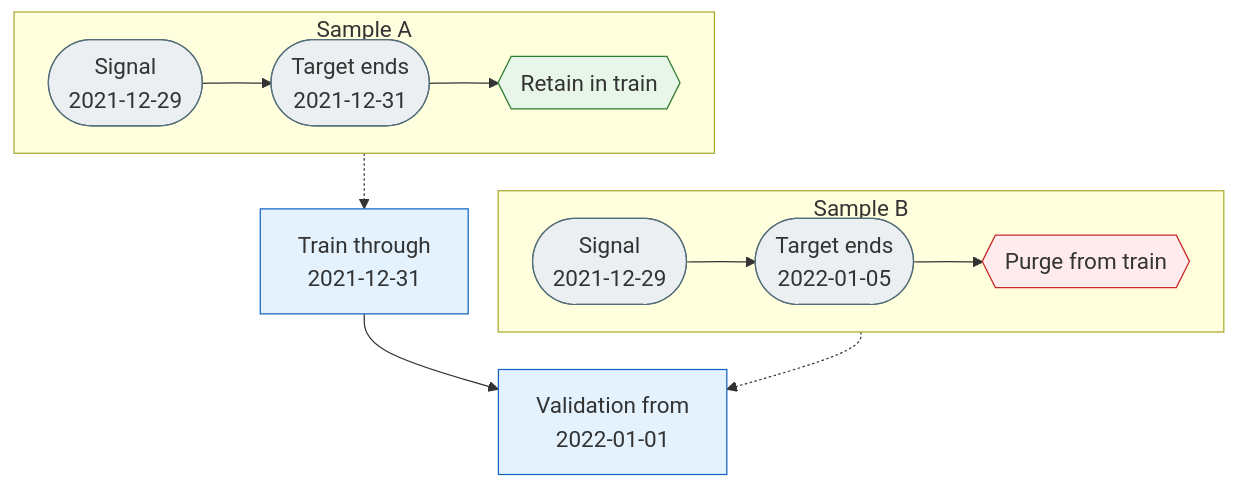
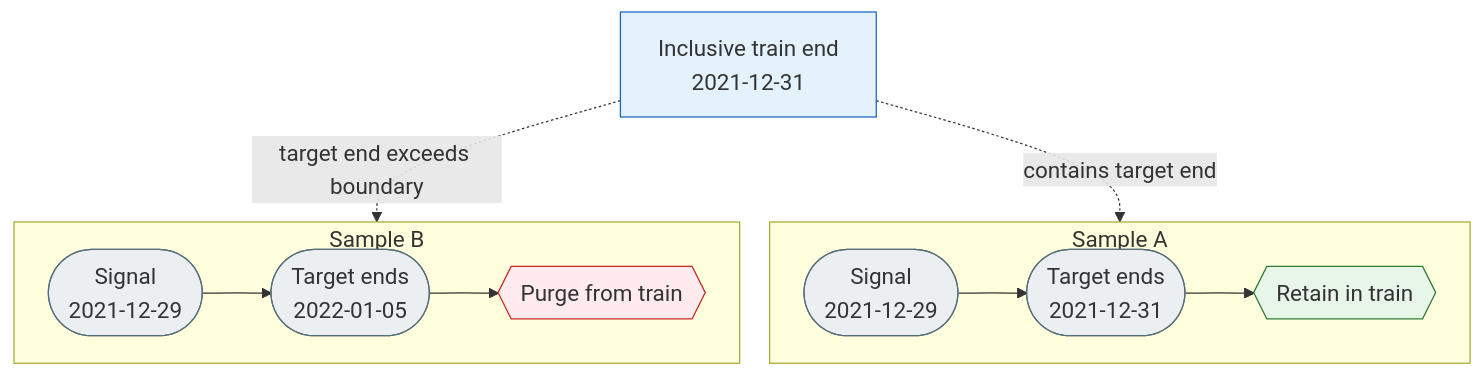
Before and after one commit to Frallmeister/swingtrader-app: the first of 2 diagrams in docs/modeling/temporal-splitting.md, drawn with Mermaid. The commit also changed other lines of this file and 17 other files, not shown here.

````diff
--- a/docs/modeling/temporal-splitting.md
+++ b/docs/modeling/temporal-splitting.md
@@ -16,27 +16,28 @@
 ```mermaid
 %%{init: {"themeVariables": {"fontSize": "18px"}, "flowchart": {"nodeSpacing": 24, "rankSpacing": 30}}}%%
 flowchart TB
-    train["Train through<br/>2021-12-31"] --> validation["Validation from<br/>2022-01-01"]
+    train_end["Inclusive train end<br/>2021-12-31"]
 
     subgraph retained["Sample A"]
         direction LR
         a_signal([Signal<br/>2021-12-29]) --> a_target([Target ends<br/>2021-12-31]) --> a_result{{Retain in train}}
     end
 
     subgraph purged["Sample B"]
         direction LR
         b_signal([Signal<br/>2021-12-29]) --> b_target([Target ends<br/>2022-01-05]) --> b_result{{Purge from train}}
     end
 
-    a_target -.-> train
-    b_target -.-> validation
+    train_end -.->|contains target end| a_target
+    train_end -.->|target end exceeds boundary| b_target
 
     classDef boundary fill:#e3f2fd,stroke:#1565c0
     classDef state fill:#eceff1,stroke:#546e7a
     classDef retainedState fill:#e8f5e9,stroke:#2e7d32
     classDef purgedState fill:#ffebee,stroke:#c62828
-    class train,validation boundary
+
+    class train_end boundary
     class a_signal,a_target,b_signal,b_target state
     class a_result retainedState
     class b_result purgedState
 ```
````
